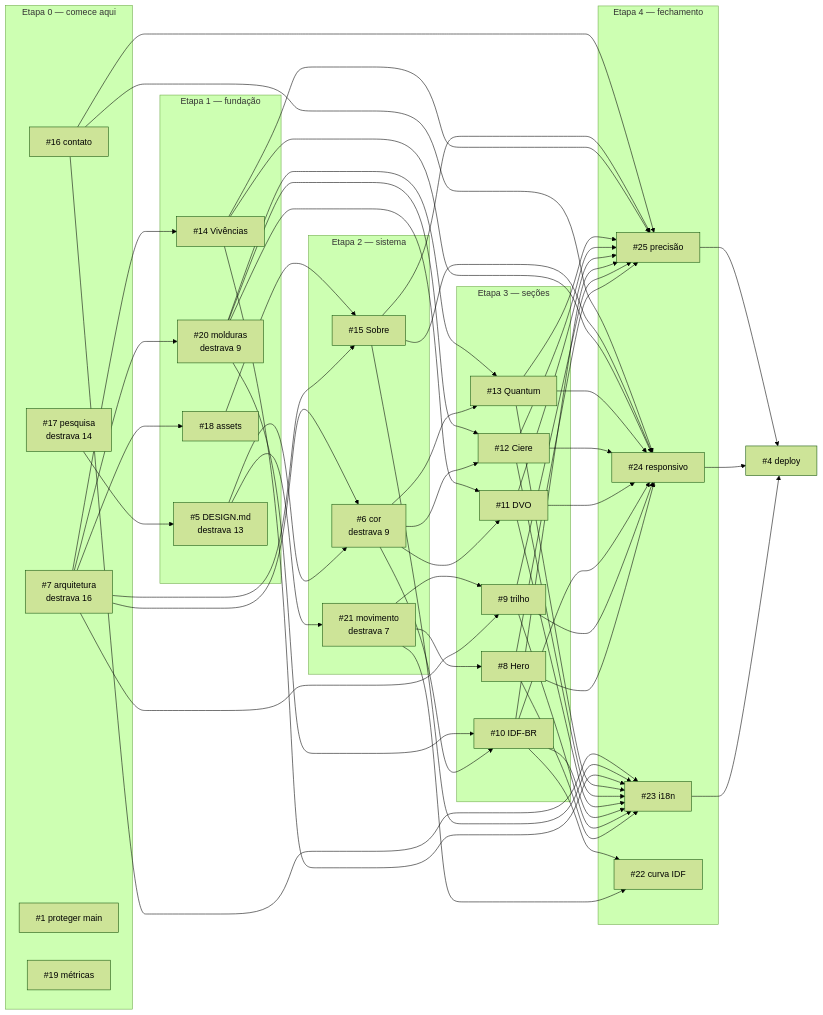
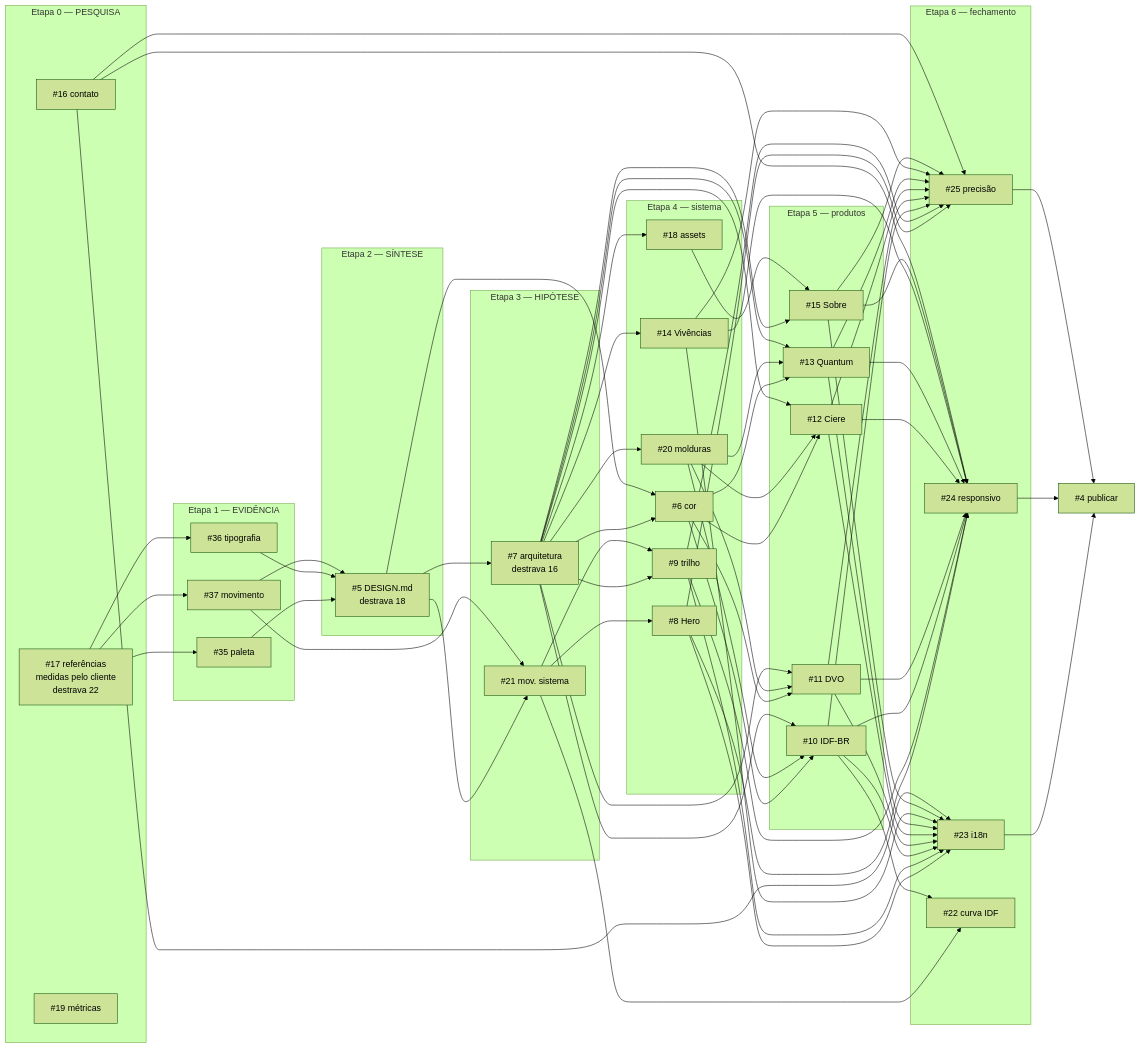
One commit to AugustoMenchaca/AugustoMenchaca.github.io changed the diagram in ROADMAP.md. Above: the diagram before and after it, drawn with Mermaid (forest theme). The commit also changed other lines of this file and 2 other files, not shown here.

First line of the commit message:
docs: refazer a ordem — pesquisa primeiro, arquitetura depois

````diff
--- a/ROADMAP.md
+++ b/ROADMAP.md
@@ -98,55 +112,64 @@
 ```mermaid
 graph LR
-  subgraph E0["Etapa 0 — comece aqui"]
-    I7["#7 arquitetura<br/>destrava 16"]
-    I17["#17 pesquisa<br/>destrava 14"]
+  subgraph E0["Etapa 0 — PESQUISA"]
+    I17["#17 referências<br/>medidas pelo cliente<br/>destrava 22"]
     I16["#16 contato"]
-    I1["#1 proteger main"]
     I19["#19 métricas"]
   end
 
-  subgraph E1["Etapa 1 — fundação"]
-    I5["#5 DESIGN.md<br/>destrava 13"]
-    I20["#20 molduras<br/>destrava 9"]
+  subgraph E1["Etapa 1 — EVIDÊNCIA"]
+    I35["#35 paleta"]
+    I36["#36 tipografia"]
+    I37["#37 movimento"]
+  end
+
+  subgraph E2["Etapa 2 — SÍNTESE"]
+    I5["#5 DESIGN.md<br/>destrava 18"]
+  end
+
+  subgraph E3["Etapa 3 — HIPÓTESE"]
+    I7["#7 arquitetura<br/>destrava 16"]
+    I21["#21 mov. sistema"]
+  end
+
+  subgraph E4["Etapa 4 — sistema"]
+    I6["#6 cor"]
+    I20["#20 molduras"]
     I18["#18 assets"]
     I14["#14 Vivências"]
+    I8["#8 Hero"]
+    I9["#9 trilho"]
   end
 
-  subgraph E2["Etapa 2 — sistema"]
-    I6["#6 cor<br/>destrava 9"]
-    I21["#21 movimento<br/>destrava 7"]
+  subgraph E5["Etapa 5 — produtos"]
+    I10["#10 IDF-BR"]
+    I11["#11 DVO"]
+    I12["#12 Ciere"]
+    I13["#13 Quantum"]
     I15["#15 Sobre"]
   end
 
-  subgraph E3["Etapa 3 — seções"]
-    I10["#10 IDF-BR"]
-    I8["#8 Hero"]
-    I9["#9 trilho"]
-    I11["#11 DVO"]
-    I12["#12 Ciere"]
-    I13["#13 Quantum"]
-  end
-
-  subgraph E4["Etapa 4 — fechamento"]
+  subgraph E6["Etapa 6 — fechamento"]
     I23["#23 i18n"]
     I24["#24 responsivo"]
     I25["#25 precisão"]
     I22["#22 curva IDF"]
   end
 
-  I4["#4 deploy"]
+  I4["#4 publicar"]
 
-  I17 --> I5
-  I7 --> I20 & I18 & I14
-  I5 --> I6 & I21
-  I7 --> I6
-  I7 --> I15
-  I18 --> I15
+  I17 --> I35 & I36 & I37
+  I35 & I36 & I37 --> I5
+  I5 --> I7 & I21
+  I37 --> I21
+  I7 --> I6 & I20 & I18 & I14 & I9
+  I5 --> I6
+  I21 --> I8 & I9 & I22
   I6 --> I10 & I11 & I12 & I13
   I20 --> I10 & I11 & I12 & I13
-  I7 --> I9
-  I21 --> I8 & I9 & I22
+  I7 --> I10 & I11 & I12 & I13 & I15
+  I18 --> I15
   I10 --> I22
   I8 & I9 & I10 & I11 & I12 & I13 & I14 & I15 & I16 --> I23 & I24 & I25
   I23 & I24 & I25 --> I4
 ```
````
